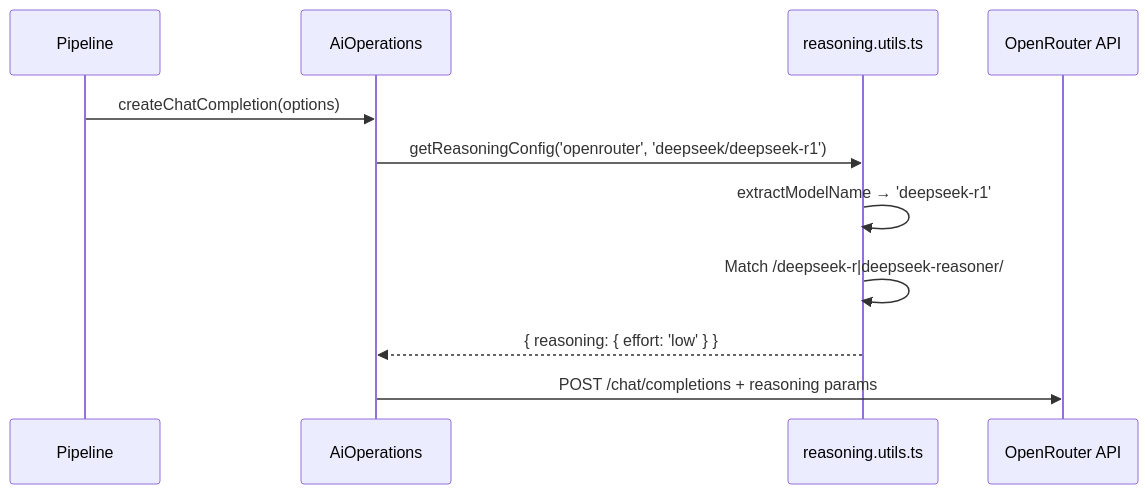
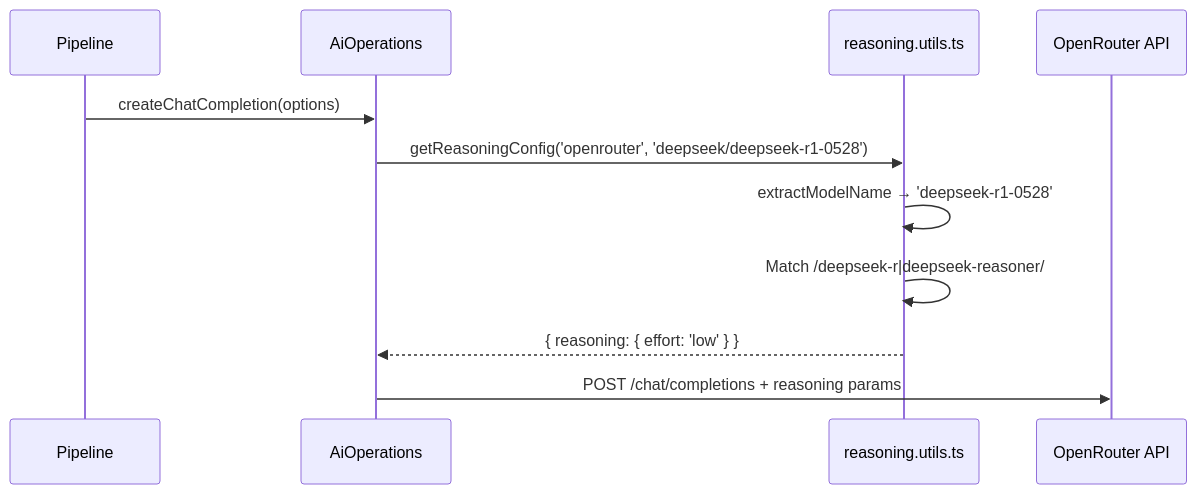
Before and after one commit to ever-works/ever-works: the first of 2 diagrams in docs/plugin-system/deepseek-plugin.md, drawn with Mermaid. The commit also changed other lines of this file and 5 other files, not shown here.

````diff
--- a/docs/plugin-system/deepseek-plugin.md
+++ b/docs/plugin-system/deepseek-plugin.md
@@ -68,14 +72,14 @@
 ```mermaid
 sequenceDiagram
     participant Pipeline
     participant AiOps as AiOperations
     participant Utils as reasoning.utils.ts
     participant API as OpenRouter API
 
     Pipeline->>AiOps: createChatCompletion(options)
-    AiOps->>Utils: getReasoningConfig('openrouter', 'deepseek/deepseek-r1')
-    Utils->>Utils: extractModelName → 'deepseek-r1'
+    AiOps->>Utils: getReasoningConfig('openrouter', 'deepseek/deepseek-r1-0528')
+    Utils->>Utils: extractModelName → 'deepseek-r1-0528'
     Utils->>Utils: Match /deepseek-r|deepseek-reasoner/
     Utils-->>AiOps: { reasoning: { effort: 'low' } }
     AiOps->>API: POST /chat/completions + reasoning params
 ```
````
